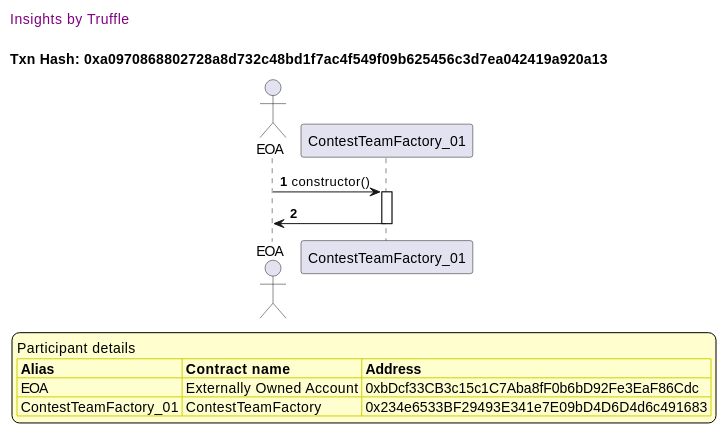
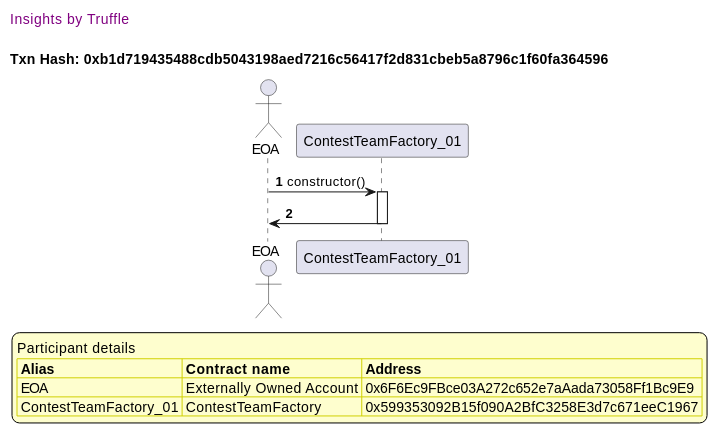
One commit to fodisi/hackapay changed the fifth of 11 diagrams in truffle-seq/factory_contestteamfactory.md. Above: the diagram before and after it, drawn with PlantUML. The commit also changed other lines of this file and 10 other files, not shown here.

````diff
--- a/truffle-seq/factory_contestteamfactory.md
+++ b/truffle-seq/factory_contestteamfactory.md
@@ -221,37 +221,37 @@
 ```plantuml
 
 
 @startuml
 
 autonumber
 skinparam legendBackgroundColor #FEFECE
 
 <style>
       header {
         HorizontalAlignment left
         FontColor purple
         FontSize 14
         Padding 10
       }
     </style>
 
 header Insights by Truffle
 
-title Txn Hash: 0xa0970868802728a8d732c48bd1f7ac4f549f09b625456c3d7ea042419a920a13
+title Txn Hash: 0xb1d719435488cdb5043198aed7216c56417f2d831cbeb5a8796c1f60fa364596
 
 
 actor EOA as "EOA"
 participant ContestTeamFactory_01 as "ContestTeamFactory_01"
 
 "EOA" -> "ContestTeamFactory_01" ++: constructor()
 "ContestTeamFactory_01" -> "EOA" --: 
 
 legend
 Participant details
 <#FEFECE,#D0D000>|= Alias |= Contract name |= Address |
-<#FEFECE>| EOA | Externally Owned Account | 0xbDcf33CB3c15c1C7Aba8fF0b6bD92Fe3EaF86Cdc |
-<#FEFECE>| ContestTeamFactory_01 | ContestTeamFactory | 0x234e6533BF29493E341e7E09bD4D6D4d6c491683 |
+<#FEFECE>| EOA | Externally Owned Account | 0x6F6Ec9FBce03A272c652e7aAada73058Ff1Bc9E9 |
+<#FEFECE>| ContestTeamFactory_01 | ContestTeamFactory | 0x599353092B15f090A2BfC3258E3d7c671eeC1967 |
 endlegend
 
 @enduml
 ```
````
